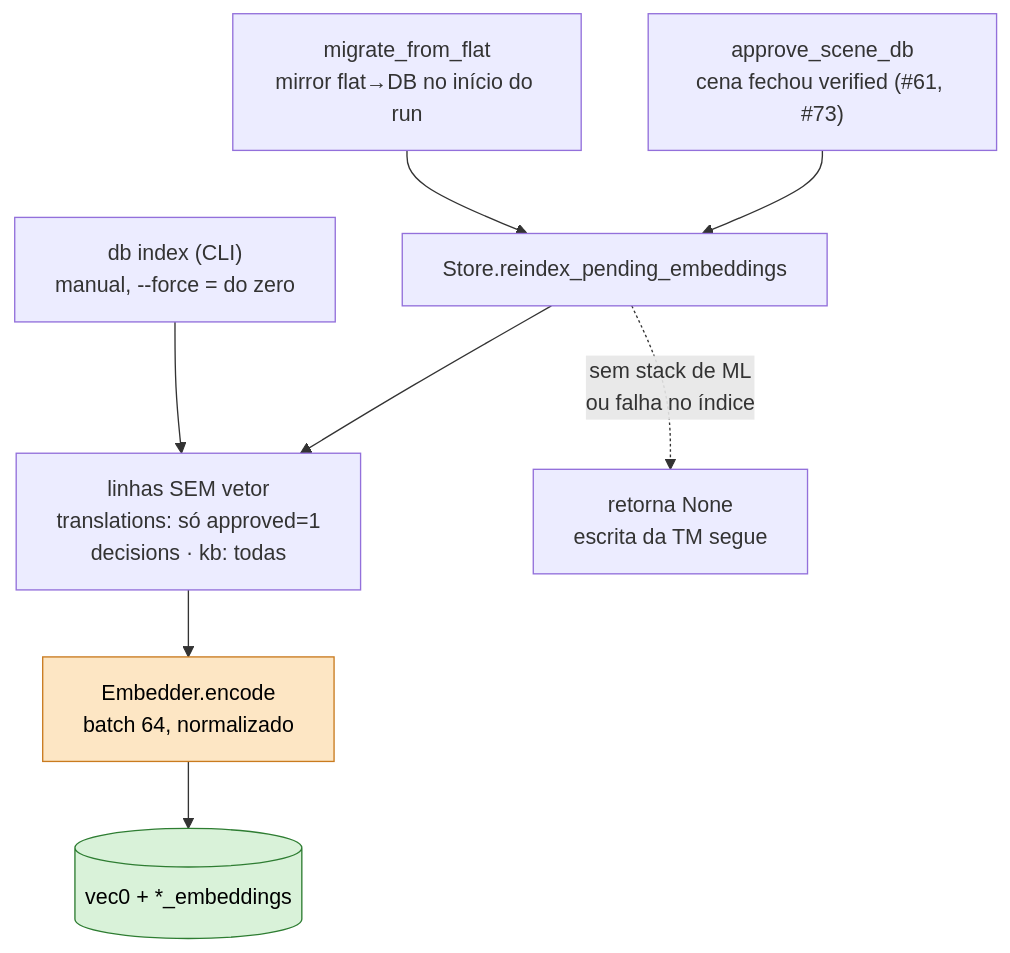
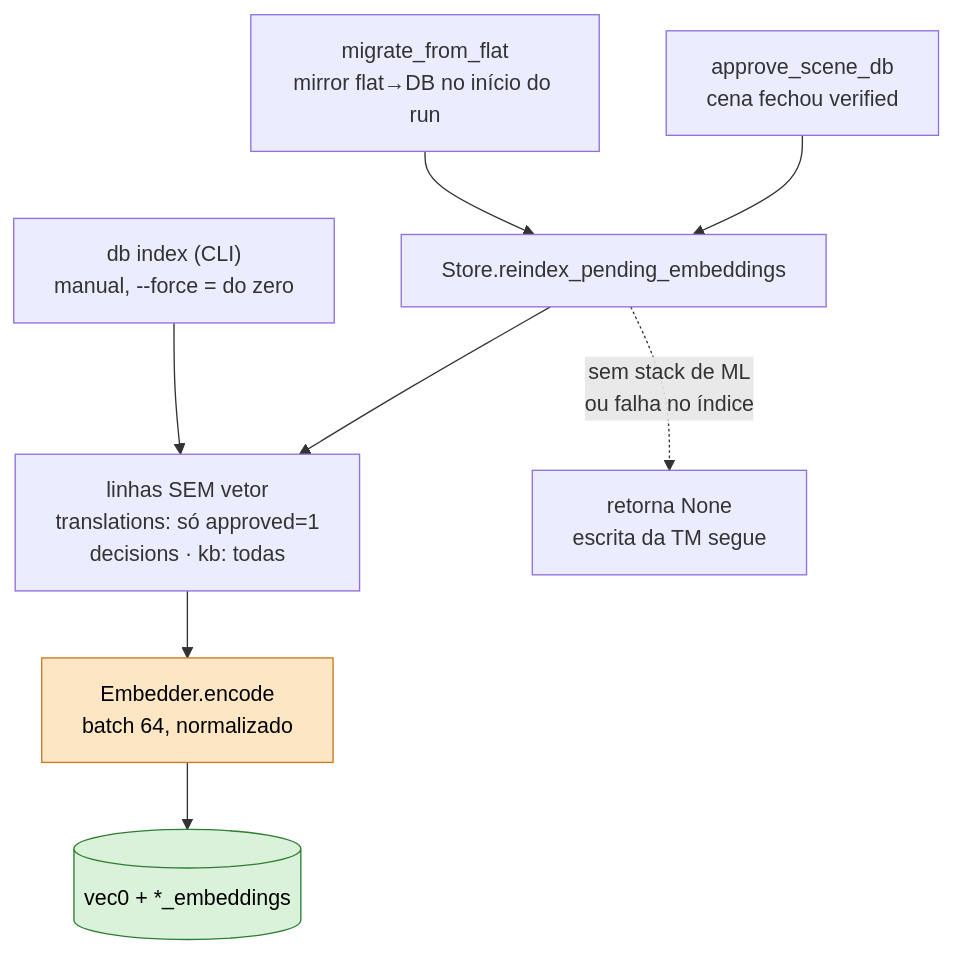
One commit to scudellerlemos/translation-cognition-framework changed the third of 7 diagrams in docs/RAG_ARCHITECTURE.md. Above: the diagram before and after it, drawn with Mermaid. The commit also changed other lines of this file and 7 other files, not shown here.

Commit message:
docs: tira os numeros de issue de ADRs, CHANGELOG, DB_MIGRATION_ROADMAP, onboarding e RAG_ARCHITECTURE

````diff
--- a/docs/RAG_ARCHITECTURE.md
+++ b/docs/RAG_ARCHITECTURE.md
@@ -152,20 +152,20 @@
 ```mermaid
 flowchart TB
   a["db index (CLI)<br/>manual, --force = do zero"]
   b["migrate_from_flat<br/>mirror flat→DB no início do run"]
-  c["approve_scene_db<br/>cena fechou verified (#61, #73)"]
+  c["approve_scene_db<br/>cena fechou verified"]
   r["Store.reindex_pending_embeddings"]
   q["linhas SEM vetor<br/>translations: só approved=1<br/>decisions · kb: todas"]
   e["Embedder.encode<br/>batch 64, normalizado"]
   w[("vec0 + *_embeddings")]
   x["retorna None<br/>escrita da TM segue"]
 
   a --> q
   b & c --> r --> q --> e --> w
   r -. "sem stack de ML<br/>ou falha no índice" .-> x
 
   classDef em fill:#fde6c4,stroke:#c97b1f,color:#000;
   classDef st fill:#d9f2d9,stroke:#2e7d32,color:#000;
   class e em;
   class w st;
 ```
````
